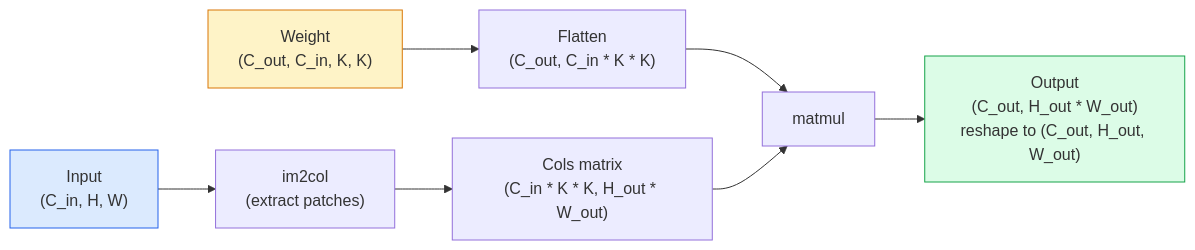
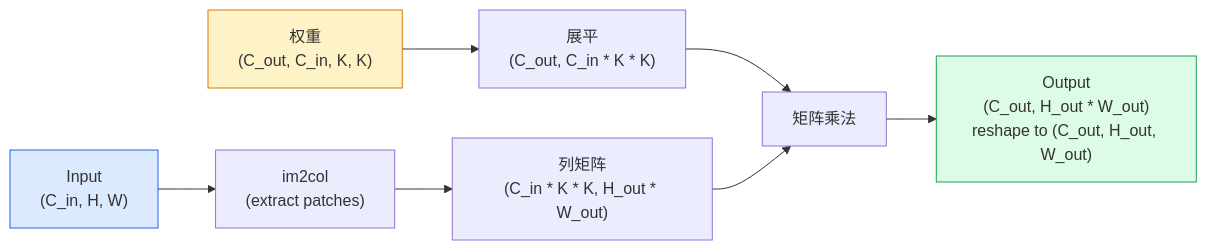
One commit to omigaZen/ai-engineering-from-scratch changed the second of 2 diagrams in phases/04-computer-vision/02-convolutions-from-scratch/docs/zh.md. Above: the diagram before and after it, drawn with Mermaid. The commit also changed other lines of this file, not shown here.

````diff
--- a/phases/04-computer-vision/02-convolutions-from-scratch/docs/zh.md
+++ b/phases/04-computer-vision/02-convolutions-from-scratch/docs/zh.md
@@ -155,13 +155,13 @@
 ```mermaid
 flowchart LR
     X["Input<br/>(C_in, H, W)"] --> IM2COL["im2col<br/>(extract patches)"]
-    IM2COL --> COLS["Cols matrix<br/>(C_in * K * K, H_out * W_out)"]
-    W["Weight<br/>(C_out, C_in, K, K)"] --> FLAT["Flatten<br/>(C_out, C_in * K * K)"]
-    FLAT --> MM["matmul"]
+    IM2COL --> COLS["列矩阵<br/>(C_in * K * K, H_out * W_out)"]
+    W["权重<br/>(C_out, C_in, K, K)"] --> FLAT["展平<br/>(C_out, C_in * K * K)"]
+    FLAT --> MM["矩阵乘法"]
     COLS --> MM
     MM --> OUT["Output<br/>(C_out, H_out * W_out)<br/>reshape to (C_out, H_out, W_out)"]
 
     style X fill:#dbeafe,stroke:#2563eb
     style W fill:#fef3c7,stroke:#d97706
     style OUT fill:#dcfce7,stroke:#16a34a
 ```
````
